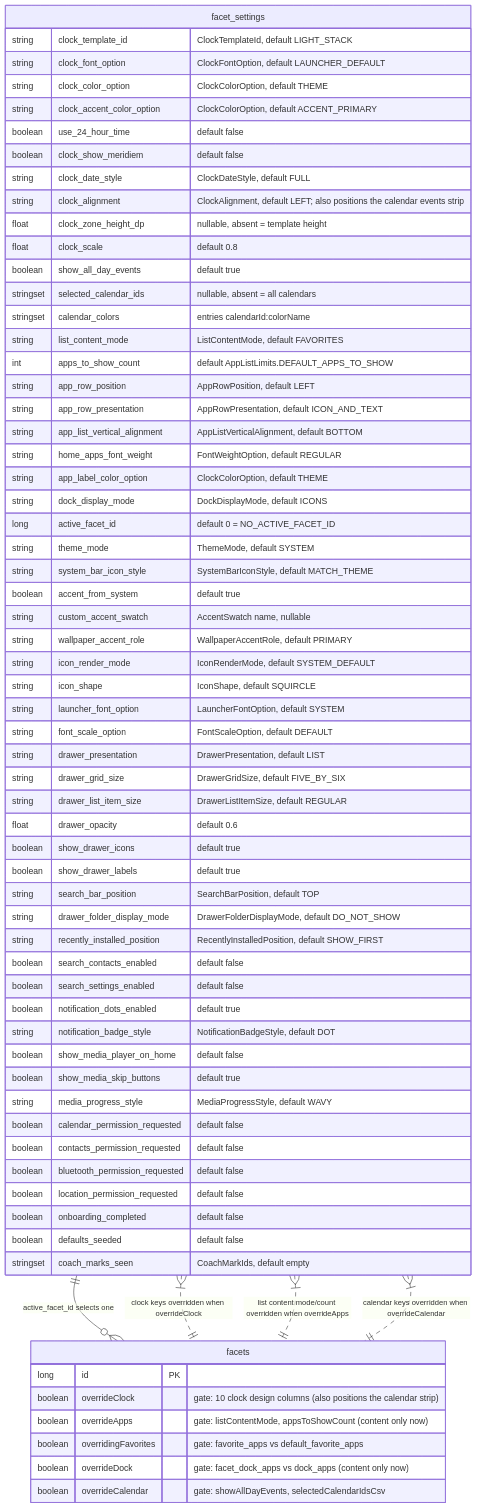
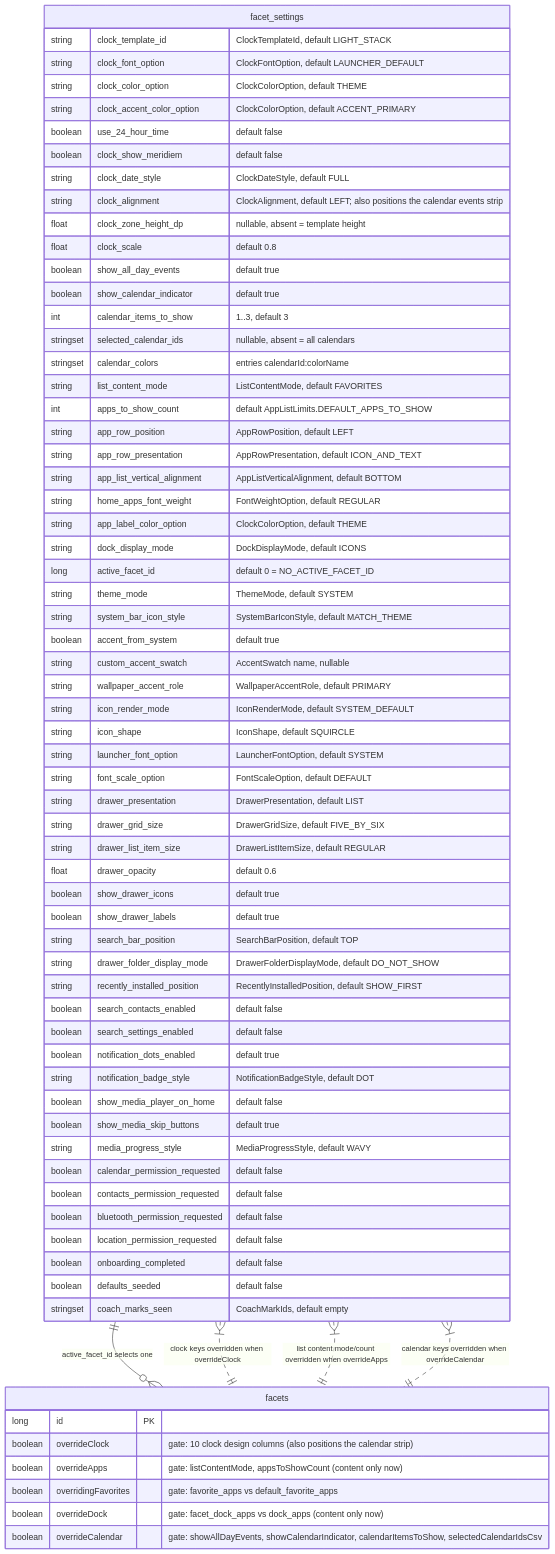
Before and after one commit to rohitganjam/facet-launcher: the third of 3 diagrams in docs/architecture/02-persistence-room.md, drawn with Mermaid. The commit also changed other lines of this file and 41 other files, not shown here.

First line of the commit message:
Add calendar indicator toggle and items-to-display setting with wallpaper preview

````diff
--- a/docs/architecture/02-persistence-room.md
+++ b/docs/architecture/02-persistence-room.md
@@ -390,73 +393,75 @@
 ```mermaid
 erDiagram
     facet_settings {
         string clock_template_id "ClockTemplateId, default LIGHT_STACK"
         string clock_font_option "ClockFontOption, default LAUNCHER_DEFAULT"
         string clock_color_option "ClockColorOption, default THEME"
         string clock_accent_color_option "ClockColorOption, default ACCENT_PRIMARY"
         boolean use_24_hour_time "default false"
         boolean clock_show_meridiem "default false"
         string clock_date_style "ClockDateStyle, default FULL"
         string clock_alignment "ClockAlignment, default LEFT; also positions the calendar events strip"
         float clock_zone_height_dp "nullable, absent = template height"
         float clock_scale "default 0.8"
         boolean show_all_day_events "default true"
+        boolean show_calendar_indicator "default true"
+        int calendar_items_to_show "1..3, default 3"
         stringset selected_calendar_ids "nullable, absent = all calendars"
         stringset calendar_colors "entries calendarId:colorName"
         string list_content_mode "ListContentMode, default FAVORITES"
         int apps_to_show_count "default AppListLimits.DEFAULT_APPS_TO_SHOW"
         string app_row_position "AppRowPosition, default LEFT"
         string app_row_presentation "AppRowPresentation, default ICON_AND_TEXT"
         string app_list_vertical_alignment "AppListVerticalAlignment, default BOTTOM"
         string home_apps_font_weight "FontWeightOption, default REGULAR"
         string app_label_color_option "ClockColorOption, default THEME"
         string dock_display_mode "DockDisplayMode, default ICONS"
         long active_facet_id "default 0 = NO_ACTIVE_FACET_ID"
         string theme_mode "ThemeMode, default SYSTEM"
         string system_bar_icon_style "SystemBarIconStyle, default MATCH_THEME"
         boolean accent_from_system "default true"
         string custom_accent_swatch "AccentSwatch name, nullable"
         string wallpaper_accent_role "WallpaperAccentRole, default PRIMARY"
         string icon_render_mode "IconRenderMode, default SYSTEM_DEFAULT"
         string icon_shape "IconShape, default SQUIRCLE"
         string launcher_font_option "LauncherFontOption, default SYSTEM"
         string font_scale_option "FontScaleOption, default DEFAULT"
         string drawer_presentation "DrawerPresentation, default LIST"
         string drawer_grid_size "DrawerGridSize, default FIVE_BY_SIX"
         string drawer_list_item_size "DrawerListItemSize, default REGULAR"
         float drawer_opacity "default 0.6"
         boolean show_drawer_icons "default true"
         boolean show_drawer_labels "default true"
         string search_bar_position "SearchBarPosition, default TOP"
         string drawer_folder_display_mode "DrawerFolderDisplayMode, default DO_NOT_SHOW"
         string recently_installed_position "RecentlyInstalledPosition, default SHOW_FIRST"
         boolean search_contacts_enabled "default false"
         boolean search_settings_enabled "default false"
         boolean notification_dots_enabled "default true"
         string notification_badge_style "NotificationBadgeStyle, default DOT"
         boolean show_media_player_on_home "default false"
         boolean show_media_skip_buttons "default true"
         string media_progress_style "MediaProgressStyle, default WAVY"
         boolean calendar_permission_requested "default false"
         boolean contacts_permission_requested "default false"
         boolean bluetooth_permission_requested "default false"
         boolean location_permission_requested "default false"
         boolean onboarding_completed "default false"
         boolean defaults_seeded "default false"
         stringset coach_marks_seen "CoachMarkIds, default empty"
     }
 
     facets {
         long id PK
         boolean overrideClock "gate: 10 clock design columns (also positions the calendar strip)"
         boolean overrideApps "gate: listContentMode, appsToShowCount (content only now)"
         boolean overridingFavorites "gate: favorite_apps vs default_favorite_apps"
         boolean overrideDock "gate: facet_dock_apps vs dock_apps (content only now)"
-        boolean overrideCalendar "gate: showAllDayEvents, selectedCalendarIdsCsv"
+        boolean overrideCalendar "gate: showAllDayEvents, showCalendarIndicator, calendarItemsToShow, selectedCalendarIdsCsv"
     }
 
     facet_settings ||--o{ facets : "active_facet_id selects one"
     facet_settings }|..|| facets : "clock keys overridden when overrideClock"
     facet_settings }|..|| facets : "list content mode/count overridden when overrideApps"
     facet_settings }|..|| facets : "calendar keys overridden when overrideCalendar"
 ```
````
